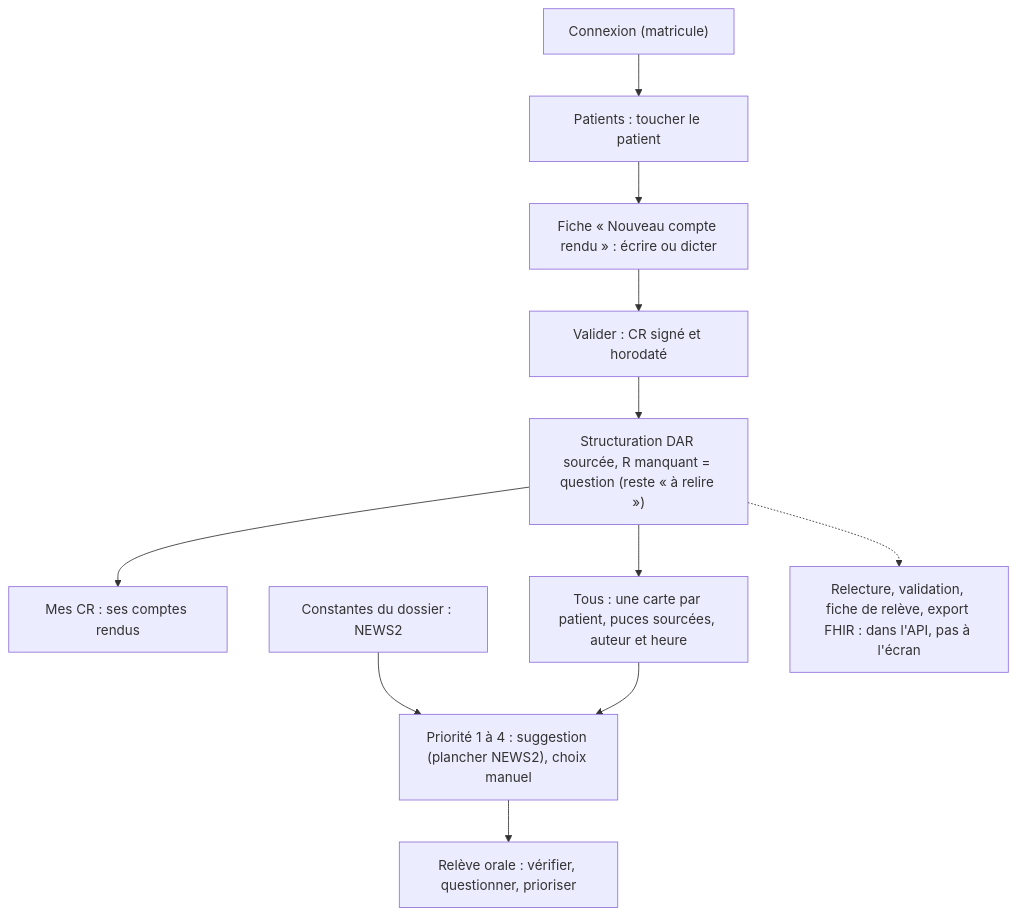
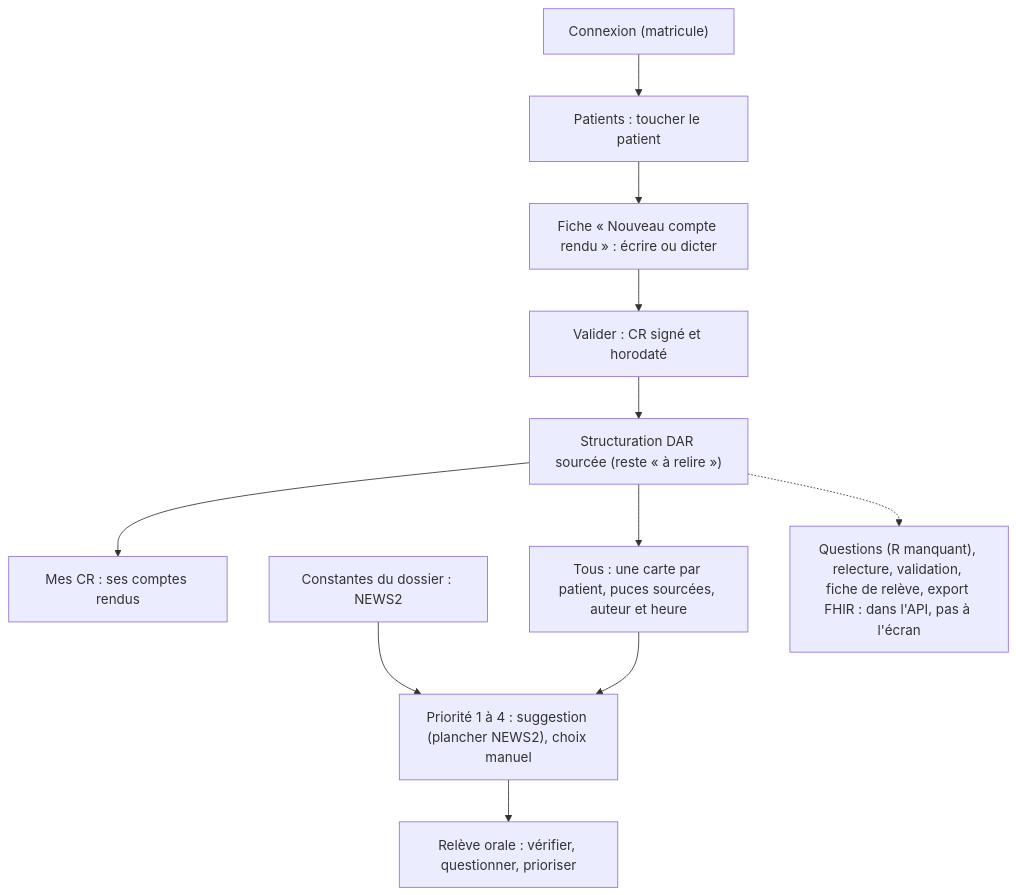
One commit to Infirmier-Augmente/bino changed the diagram in docs/PRODUCT.md. Above: the diagram before and after it, drawn with Mermaid. The commit also changed other lines of this file and 8 other files, not shown here.

````diff
--- a/docs/PRODUCT.md
+++ b/docs/PRODUCT.md
@@ -32,13 +32,13 @@
 ```mermaid
 flowchart TD
   A["Connexion (matricule)"] --> B["Patients : toucher le patient"]
   B --> C["Fiche « Nouveau compte rendu » : écrire ou dicter"]
   C --> D["Valider : CR signé et horodaté"]
-  D --> E["Structuration DAR sourcée, R manquant = question (reste « à relire »)"]
+  D --> E["Structuration DAR sourcée (reste « à relire »)"]
   E --> F["Mes CR : ses comptes rendus"]
   E --> G["Tous : une carte par patient, puces sourcées, auteur et heure"]
   V["Constantes du dossier : NEWS2"] --> P
   G --> P["Priorité 1 à 4 : suggestion (plancher NEWS2), choix manuel"]
   P --> J["Relève orale : vérifier, questionner, prioriser"]
-  E -.-> K["Relecture, validation, fiche de relève, export FHIR : dans l'API, pas à l'écran"]
+  E -.-> K["Questions (R manquant), relecture, validation, fiche de relève, export FHIR : dans l'API, pas à l'écran"]
 ```
````
